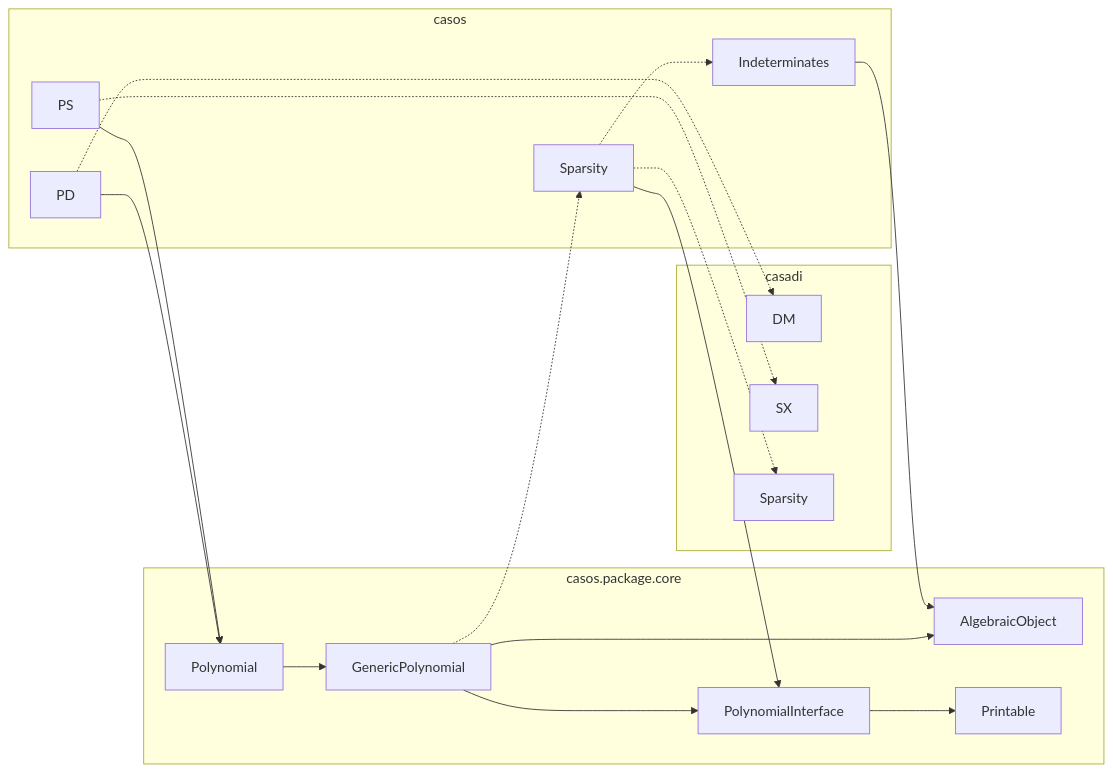
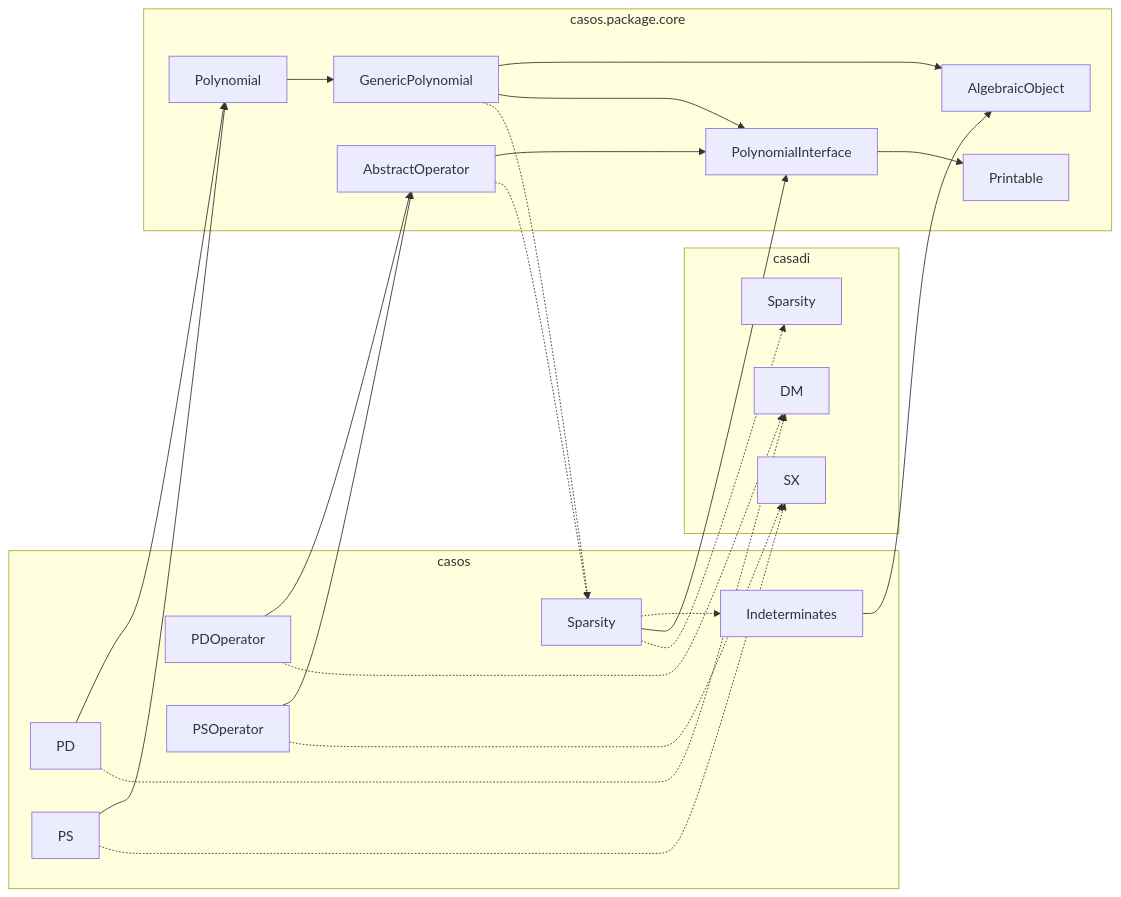
Before and after one commit to iFR-ACSO/casos: the first of 2 diagrams in +casos/+package/README.md, drawn with Mermaid.

Commit message:
Add operators to internal readme.

````diff
--- a/+casos/+package/README.md
+++ b/+casos/+package/README.md
@@ -4,27 +4,35 @@
 ```mermaid
 flowchart LR
   subgraph casadi
     casadi.DM[DM]
     casadi.SX[SX]
     casadi.Sparsity[Sparsity]
   end
   subgraph casos
     casos.PD[PD]
     casos.PS[PS]
     casos.Sparsity[Sparsity] -.-> casos.Indeterminates[Indeterminates]
+    casos.PDOperator[PDOperator]
+    casos.PSOperator[PSOperator]
   end
   subgraph casos.package.core
     Polynomial --> GenericPolynomial
     GenericPolynomial --> AlgebraicObject
     GenericPolynomial --> PolynomialInterface
     PolynomialInterface --> Printable
+    AbstractOperator --> PolynomialInterface
   end
   casos.PD --> Polynomial
   casos.PD -.-> casadi.DM
   casos.PS --> Polynomial
   casos.PS -.-> casadi.SX
+  casos.PDOperator --> AbstractOperator
+  casos.PDOperator -.-> casadi.DM
+  casos.PSOperator --> AbstractOperator
+  casos.PSOperator -.-> casadi.SX
   casos.Sparsity --> PolynomialInterface
   casos.Sparsity -.-> casadi.Sparsity
   casos.Indeterminates --> AlgebraicObject
   GenericPolynomial -.-> casos.Sparsity
+  AbstractOperator -.-> casos.Sparsity
 ```
````
